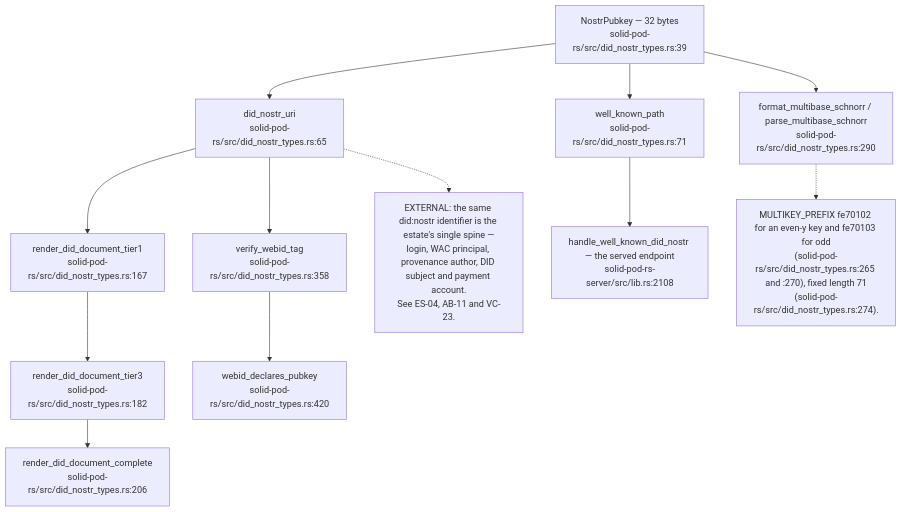
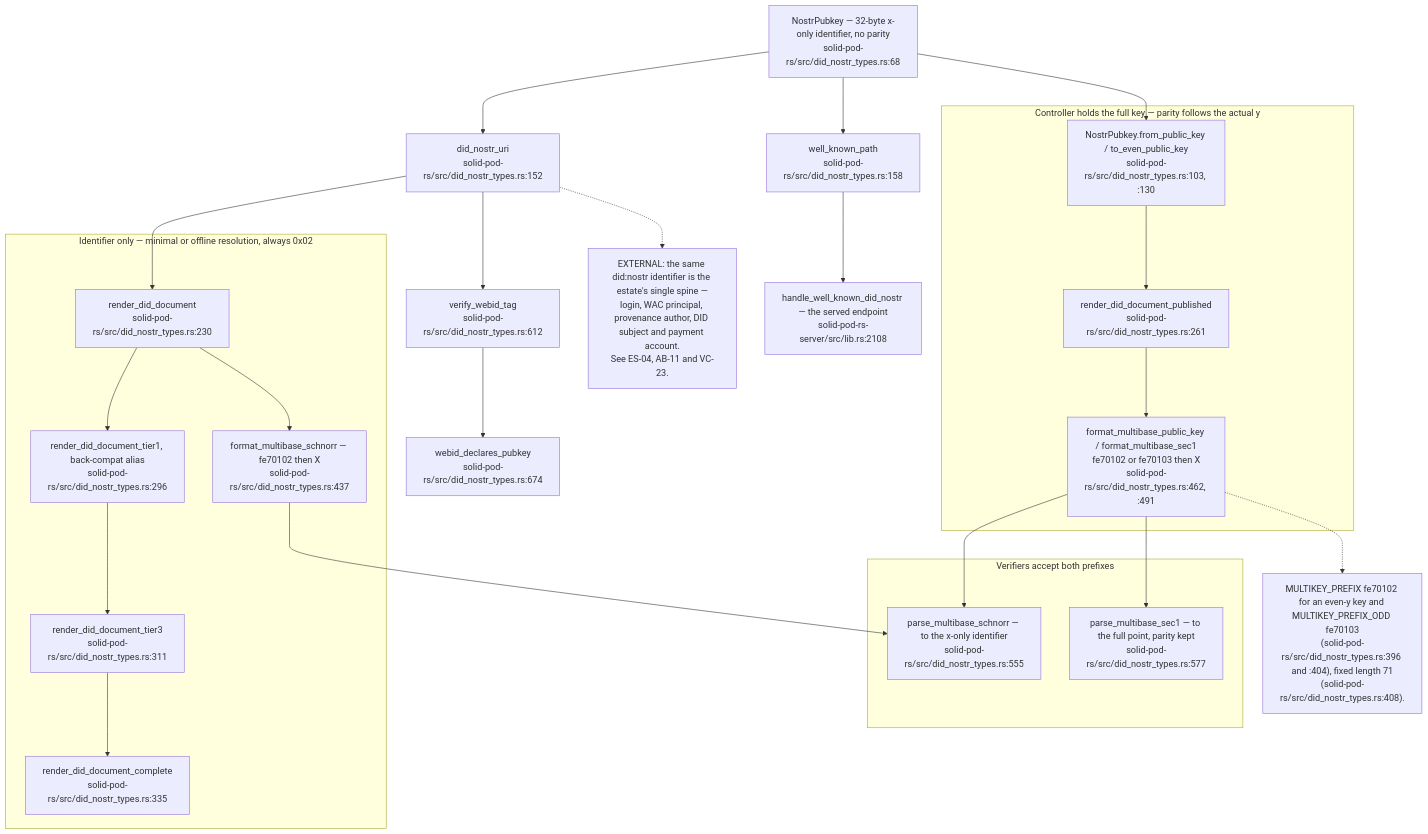
The ninth of 17 diagrams in docs/diagrams/solid-pod-rs/05-identity-nip98-did-oidc.md (DreamLab-AI/VisionFlow), drawn with Mermaid before and after one commit. The commit also changed other lines of this file and 94 other files, not shown here.

First line of the commit message:
docs(diagrams): re-verify 130 topics against 2 October HEADs

````diff
--- a/docs/diagrams/solid-pod-rs/05-identity-nip98-did-oidc.md
+++ b/docs/diagrams/solid-pod-rs/05-identity-nip98-did-oidc.md
@@ -274,24 +274,42 @@
 ```mermaid
 flowchart TD
-    PK["NostrPubkey — 32 bytes<br/>solid-pod-rs/src/did_nostr_types.rs:39"]
-    URI["did_nostr_uri<br/>solid-pod-rs/src/did_nostr_types.rs:65"]
-    WKP["well_known_path<br/>solid-pod-rs/src/did_nostr_types.rs:71"]
-    T1["render_did_document_tier1<br/>solid-pod-rs/src/did_nostr_types.rs:167"]
-    T3["render_did_document_tier3<br/>solid-pod-rs/src/did_nostr_types.rs:182"]
-    TC["render_did_document_complete<br/>solid-pod-rs/src/did_nostr_types.rs:206"]
-    MB["format_multibase_schnorr / parse_multibase_schnorr<br/>solid-pod-rs/src/did_nostr_types.rs:290"]
-    VT["verify_webid_tag<br/>solid-pod-rs/src/did_nostr_types.rs:358"]
-    WD["webid_declares_pubkey<br/>solid-pod-rs/src/did_nostr_types.rs:420"]
+    PK["NostrPubkey — 32-byte x-only identifier, no parity<br/>solid-pod-rs/src/did_nostr_types.rs:68"]
+    URI["did_nostr_uri<br/>solid-pod-rs/src/did_nostr_types.rs:152"]
+    WKP["well_known_path<br/>solid-pod-rs/src/did_nostr_types.rs:158"]
     RT["handle_well_known_did_nostr — the served endpoint<br/>solid-pod-rs-server/src/lib.rs:2108"]
+    VT["verify_webid_tag<br/>solid-pod-rs/src/did_nostr_types.rs:612"]
+    WD["webid_declares_pubkey<br/>solid-pod-rs/src/did_nostr_types.rs:674"]
 
-    PK --> URI --> T1
+    subgraph IDONLY["Identifier only — minimal or offline resolution, always 0x02"]
+        RD["render_did_document<br/>solid-pod-rs/src/did_nostr_types.rs:230"]
+        T1["render_did_document_tier1, back-compat alias<br/>solid-pod-rs/src/did_nostr_types.rs:296"]
+        T3["render_did_document_tier3<br/>solid-pod-rs/src/did_nostr_types.rs:311"]
+        TC["render_did_document_complete<br/>solid-pod-rs/src/did_nostr_types.rs:335"]
+        MB["format_multibase_schnorr — fe70102 then X<br/>solid-pod-rs/src/did_nostr_types.rs:437"]
+    end
+
+    subgraph FULL["Controller holds the full key — parity follows the actual y"]
+        FPK["NostrPubkey.from_public_key / to_even_public_key<br/>solid-pod-rs/src/did_nostr_types.rs:103, :130"]
+        RDP["render_did_document_published<br/>solid-pod-rs/src/did_nostr_types.rs:261"]
+        MBF["format_multibase_public_key / format_multibase_sec1<br/>fe70102 or fe70103 then X<br/>solid-pod-rs/src/did_nostr_types.rs:462, :491"]
+    end
+
+    subgraph DECODE["Verifiers accept both prefixes"]
+        PS["parse_multibase_schnorr — to the x-only identifier<br/>solid-pod-rs/src/did_nostr_types.rs:555"]
+        PSEC["parse_multibase_sec1 — to the full point, parity kept<br/>solid-pod-rs/src/did_nostr_types.rs:577"]
+    end
+
+    PK --> URI --> RD --> T1 --> T3 --> TC
+    RD --> MB
     PK --> WKP --> RT
-    T1 --> T3 --> TC
-    PK --> MB
     URI --> VT --> WD
+    PK --> FPK --> RDP --> MBF
+    MB --> PS
+    MBF --> PS
+    MBF --> PSEC
 
-    N["MULTIKEY_PREFIX fe70102 for an even-y key and fe70103 for odd<br/>(solid-pod-rs/src/did_nostr_types.rs:265 and :270), fixed length 71<br/>(solid-pod-rs/src/did_nostr_types.rs:274)."]
-    MB -.-> N
+    N["MULTIKEY_PREFIX fe70102 for an even-y key and MULTIKEY_PREFIX_ODD fe70103<br/>(solid-pod-rs/src/did_nostr_types.rs:396 and :404), fixed length 71<br/>(solid-pod-rs/src/did_nostr_types.rs:408)."]
+    MBF -.-> N
     N2["EXTERNAL: the same did:nostr identifier is the estate's single spine —<br/>login, WAC principal, provenance author, DID subject and payment account.<br/>See ES-04, AB-11 and VC-23."]
     URI -.-> N2
 ```
````
